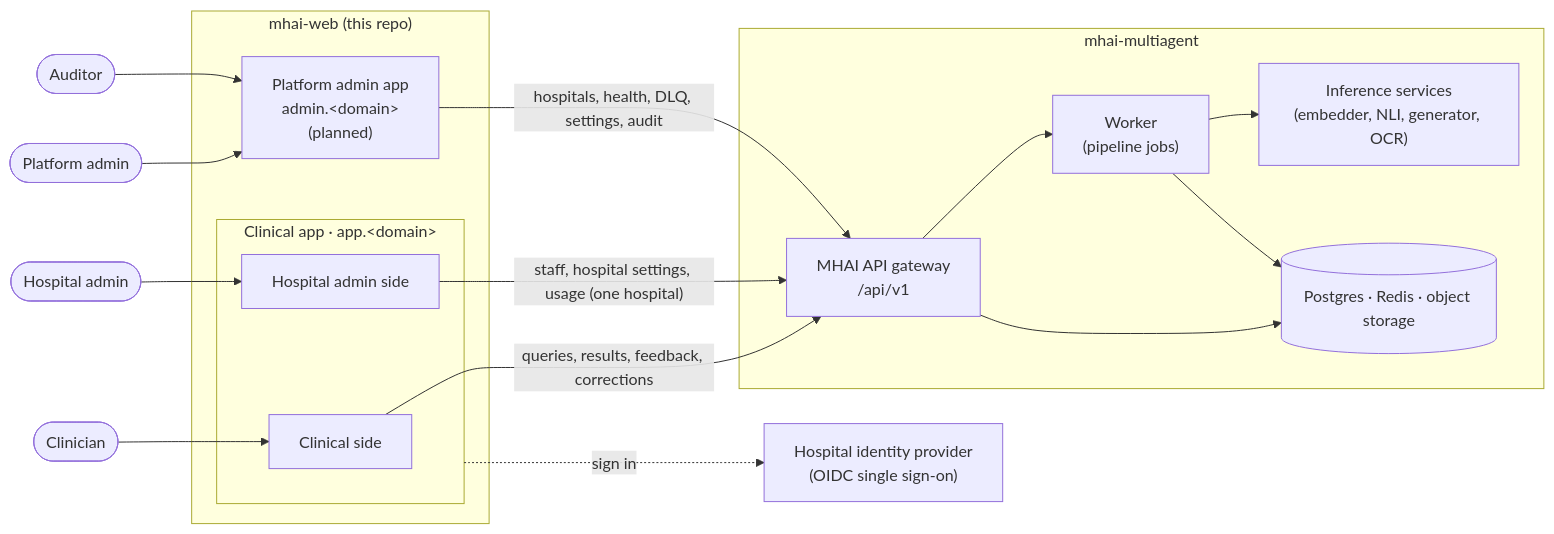
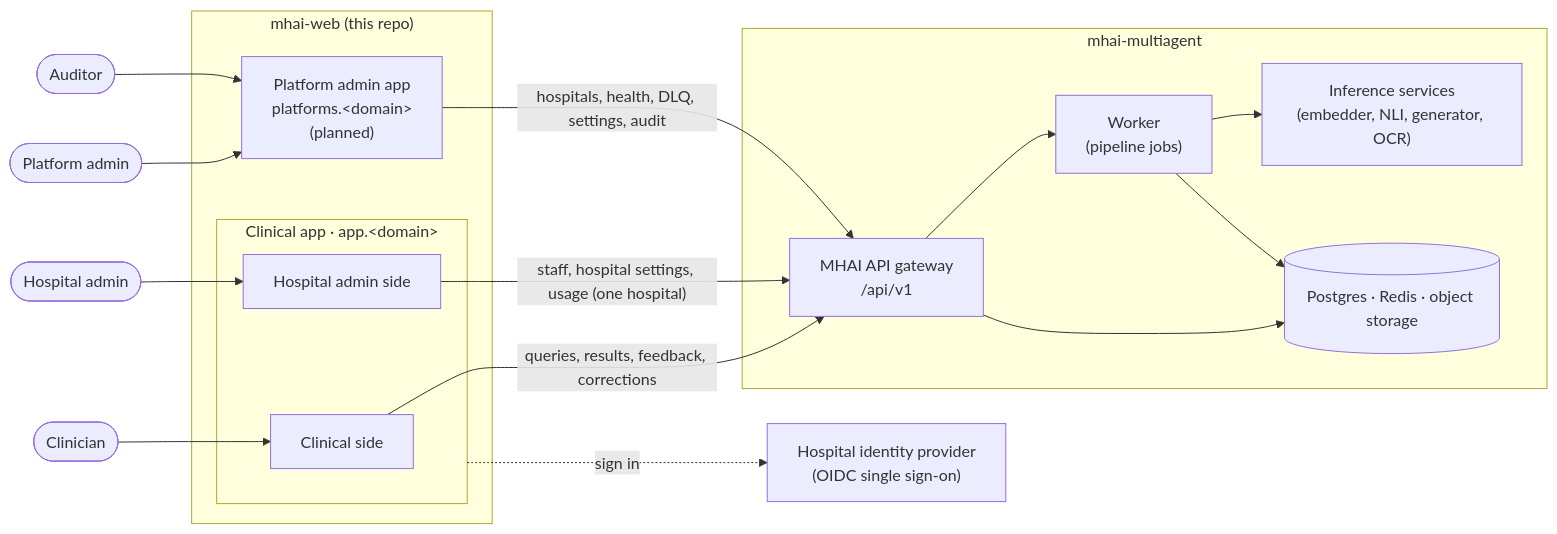
One commit to Measured-Health/mhai-web changed the first of 10 diagrams in ARCHITECTURE.md. Above: the diagram before and after it, drawn with Mermaid. The commit also changed other lines of this file and 2 other files, not shown here.

Commit message:
ADR 0004: keep the hospital admin side in the clinical app; platform admin at platforms.<domain>

````diff
--- a/ARCHITECTURE.md
+++ b/ARCHITECTURE.md
@@ -27,36 +27,36 @@
 ```mermaid
 flowchart LR
     clin([Clinician])
     hadm([Hospital admin])
     padm([Platform admin])
     aud([Auditor])
 
     subgraph web["mhai-web (this repo)"]
         subgraph capp["Clinical app · app.&lt;domain&gt;"]
             cside["Clinical side"]
             hside["Hospital admin side"]
         end
-        aapp["Platform admin app<br/>admin.&lt;domain&gt;<br/>(planned)"]
+        aapp["Platform admin app<br/>platforms.&lt;domain&gt;<br/>(planned)"]
     end
 
     idp["Hospital identity provider<br/>(OIDC single sign-on)"]
 
     subgraph api["mhai-multiagent"]
         gw["MHAI API gateway<br/>/api/v1"]
         wk["Worker<br/>(pipeline jobs)"]
         inf["Inference services<br/>(embedder, NLI, generator, OCR)"]
         db[("Postgres · Redis · object storage")]
     end
 
     clin --> cside
     hadm --> hside
     padm --> aapp
     aud --> aapp
     cside -- "queries, results, feedback, corrections" --> gw
     hside -- "staff, hospital settings, usage (one hospital)" --> gw
     aapp -- "hospitals, health, DLQ, settings, audit" --> gw
     capp -. "sign in" .-> idp
     gw --> wk --> inf
     gw --> db
     wk --> db
 ```
````
